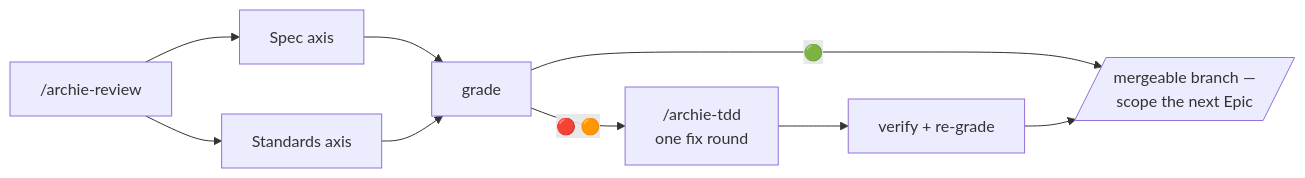
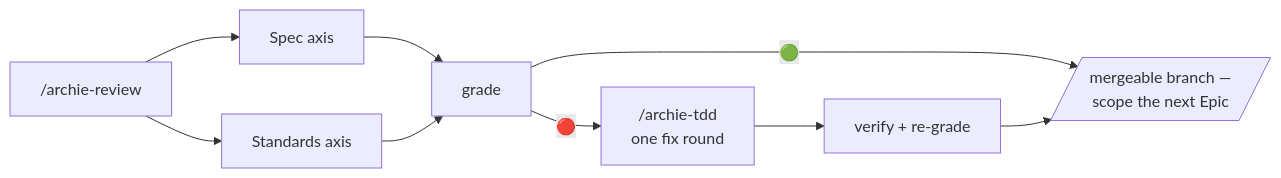
One commit to OvidiuGuta/archie-skills changed the sixth of 6 diagrams in README.md. Above: the diagram before and after it, drawn with Mermaid. The commit also changed other lines of this file and 7 other files, not shown here.

````diff
--- a/README.md
+++ b/README.md
@@ -81,7 +81,7 @@
 ```mermaid
 flowchart LR
   RV["/archie-review"] --> S1["Spec axis"] --> G["grade"]
   RV --> S2["Standards axis"] --> G
   G -- "🟢" --> T5[/"mergeable branch —<br/>scope the next Epic"/]
-  G -- "🔴 🟠" --> FX["/archie-tdd<br/>one fix round"] --> VR["verify + re-grade"] --> T5
+  G -- "🔴" --> FX["/archie-tdd<br/>one fix round"] --> VR["verify + re-grade"] --> T5
 ```
````
